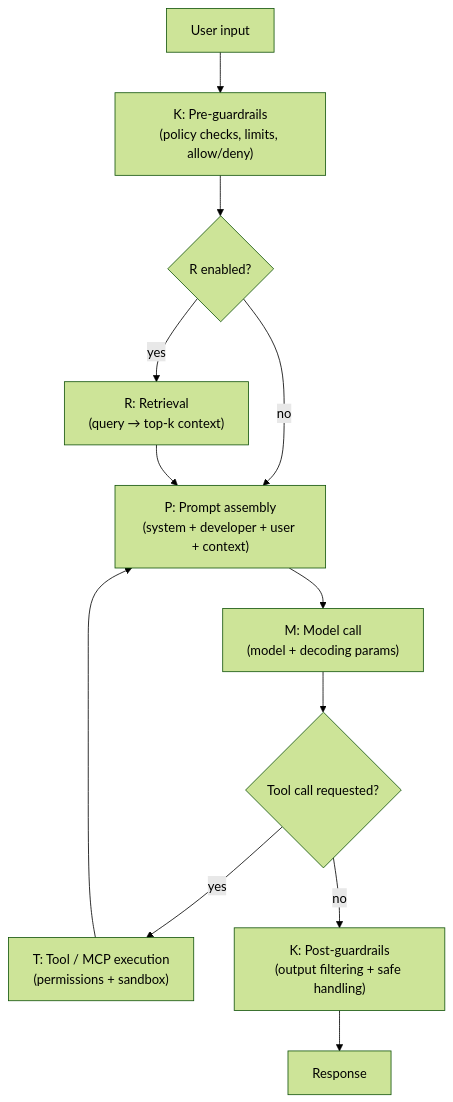
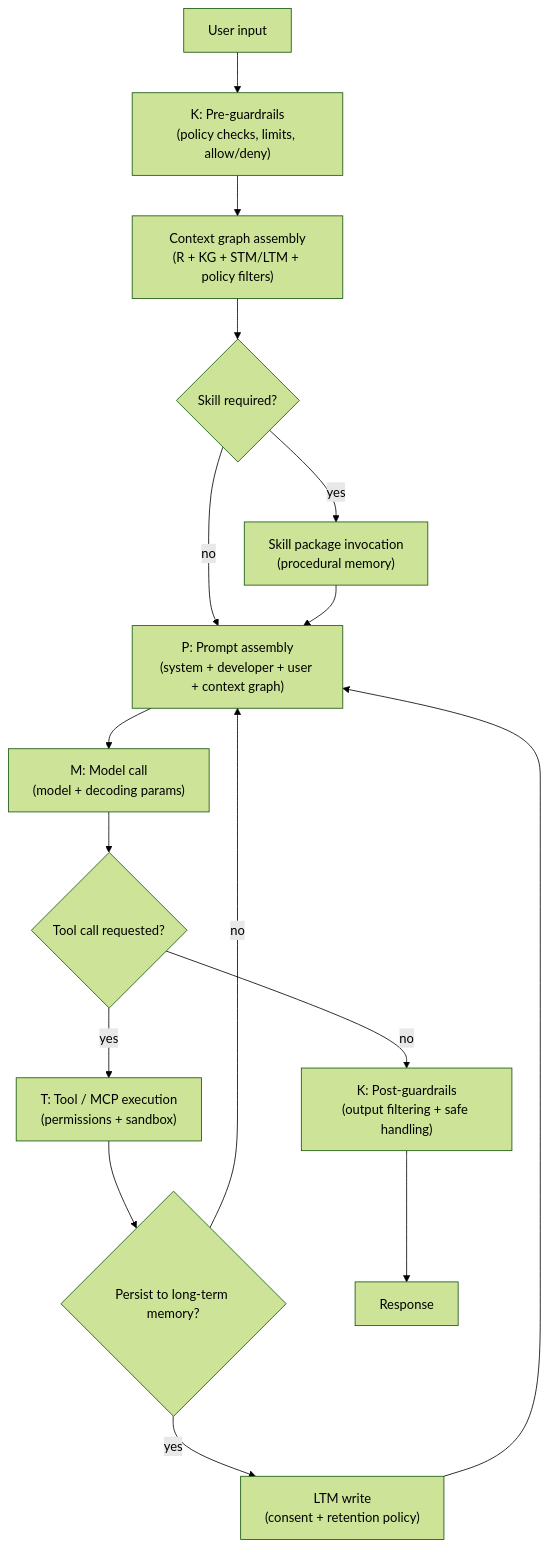
The second of 10 diagrams in AASU_White_Paper_Consolidated_v2_2.md (SAISec/AASU), drawn with Mermaid (forest theme) before and after one commit. The commit also changed other lines of this file and 3 other files, not shown here.

Commit message:
docs(whitepaper): update mermaid diagrams for v1alpha2 governance model

````diff
--- a/AASU_White_Paper_Consolidated_v2_2.md
+++ b/AASU_White_Paper_Consolidated_v2_2.md
@@ -98,18 +112,22 @@
 ```mermaid
 flowchart TB
   IN["User input"] --> PRE["K: Pre-guardrails<br/>(policy checks, limits, allow/deny)"]
-  PRE --> RET{"R enabled?"}
+  PRE --> CG["Context graph assembly<br/>(R + KG + STM/LTM + policy filters)"]
+  CG --> SK{"Skill required?"}
 
-  RET -->|yes| RAG["R: Retrieval<br/>(query → top-k context)"]
-  RET -->|no| ASSEMBLE["P: Prompt assembly<br/>(system + developer + user + context)"]
-  RAG --> ASSEMBLE
+  SK -->|yes| SKILL["Skill package invocation<br/>(procedural memory)"]
+  SK -->|no| ASSEMBLE["P: Prompt assembly<br/>(system + developer + user + context graph)"]
+  SKILL --> ASSEMBLE
 
   ASSEMBLE --> CALL["M: Model call<br/>(model + decoding params)"]
   CALL --> TOOL{"Tool call requested?"}
 
   TOOL -->|yes| EXEC["T: Tool / MCP execution<br/>(permissions + sandbox)"]
-  EXEC --> ASSEMBLE
+  EXEC --> MEM{"Persist to long-term memory?"}
+  MEM -->|yes| LTMW["LTM write<br/>(consent + retention policy)"]
+  MEM -->|no| ASSEMBLE
+  LTMW --> ASSEMBLE
 
   TOOL -->|no| POST["K: Post-guardrails<br/>(output filtering + safe handling)"]
   POST --> OUT["Response"]
 ```
````
